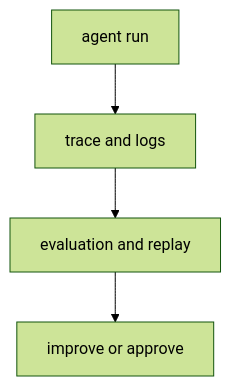
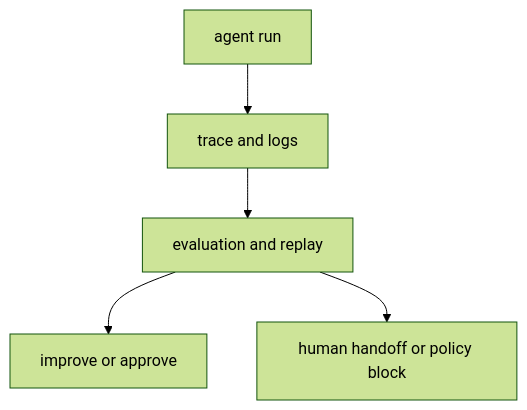
One commit to devchan64/AiBook changed the diagram in docs/parts/part-05/chapter-14/section-02.md. Above: the diagram before and after it, drawn with Mermaid (forest theme). The commit also changed other lines of this file and 3 other files, not shown here.

Commit message:
docs: add agent and mcp comparison charts

````diff
--- a/docs/parts/part-05/chapter-14/section-02.md
+++ b/docs/parts/part-05/chapter-14/section-02.md
@@ -115,11 +115,13 @@
 ```mermaid
 flowchart TD
   A["agent run"]
   B["trace and logs"]
   C["evaluation and replay"]
   D["improve or approve"]
+  E["human handoff or policy block"]
 
   A --> B
   B --> C
   C --> D
+  C --> E
 ```
````
